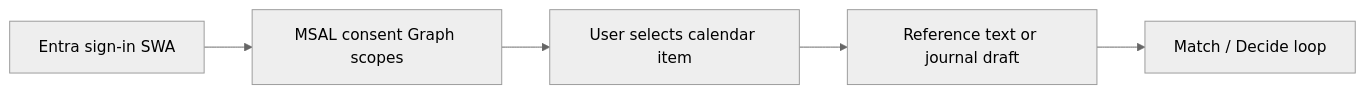
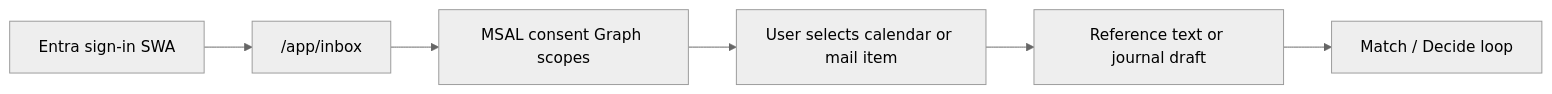
Before and after one commit to SotaroCraft/sotaro-microsoft-tech-portfolio: the diagram in docs/graph-import-design.md, drawn with Mermaid (neutral theme). The commit also changed other lines of this file and 21 other files, not shown here.

First line of the commit message:
Add Outlook Graph import for Calendar and Mail via /app/inbox.

````diff
--- a/docs/graph-import-design.md
+++ b/docs/graph-import-design.md
@@ -44,7 +47,8 @@
 ```mermaid
 flowchart LR
-  SignIn[Entra sign-in SWA] --> Consent[MSAL consent Graph scopes]
-  Consent --> Pick[User selects calendar item]
+  SignIn[Entra sign-in SWA] --> Inbox["/app/inbox"]
+  Inbox --> Consent[MSAL consent Graph scopes]
+  Consent --> Pick[User selects calendar or mail item]
   Pick --> Draft[Reference text or journal draft]
   Draft --> Match[Match / Decide loop]
 ```
````
